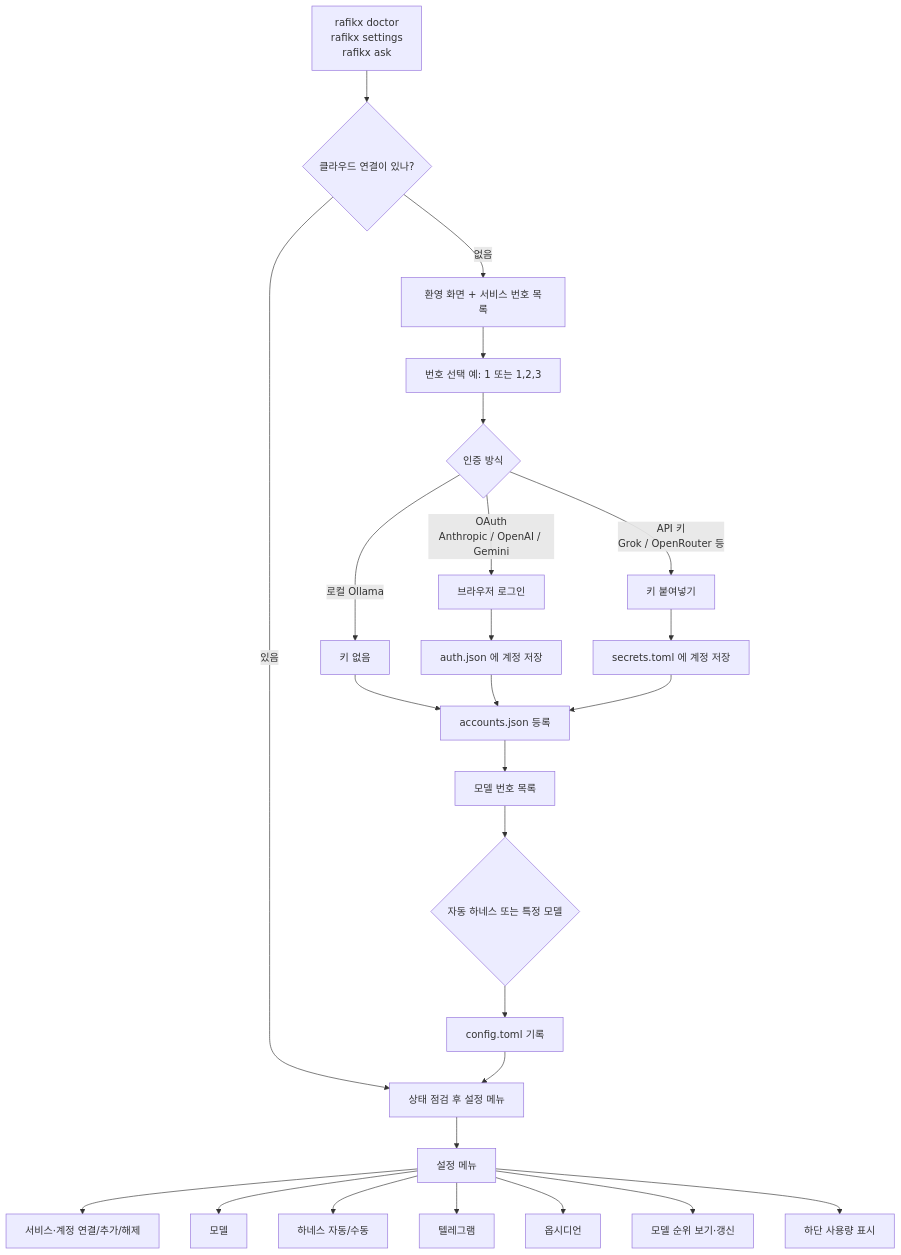
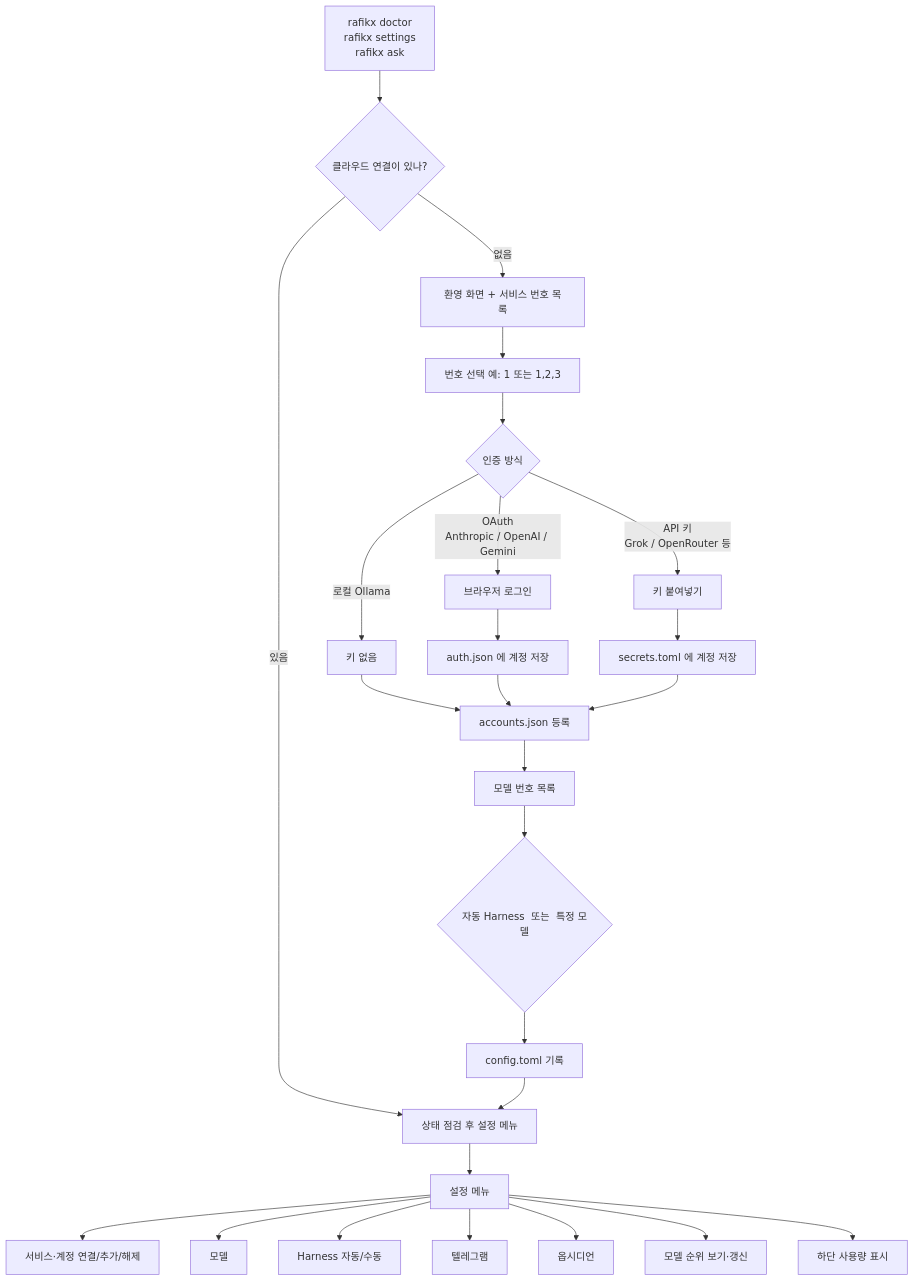
One commit to AIBeginnerX/RafikX changed the second of 8 diagrams in RAFIKX_WORKFLOW.md. Above: the diagram before and after it, drawn with Mermaid. The commit also changed other lines of this file and 4 other files, not shown here.

````diff
--- a/RAFIKX_WORKFLOW.md
+++ b/RAFIKX_WORKFLOW.md
@@ -44,32 +44,32 @@
 ```mermaid
 flowchart TD
     A["rafikx doctor<br/>rafikx settings<br/>rafikx ask"] --> B{클라우드 연결이 있나?}
     B -->|없음| C[환영 화면 + 서비스 번호 목록]
     B -->|있음| D[상태 점검 후 설정 메뉴]
 
     C --> E["번호 선택  예: 1 또는 1,2,3"]
     E --> F{인증 방식}
     F -->|OAuth<br/>Anthropic / OpenAI / Gemini| G[브라우저 로그인]
     F -->|API 키<br/>Grok / OpenRouter 등| H[키 붙여넣기]
     F -->|로컬 Ollama| I[키 없음]
 
     G --> J[auth.json 에 계정 저장]
     H --> K[secrets.toml 에 계정 저장]
     I --> L[accounts.json 등록]
     J --> L
     K --> L
 
     L --> M[모델 번호 목록]
-    M --> N{"자동 하네스  또는  특정 모델"}
+    M --> N{"자동 Harness  또는  특정 모델"}
     N --> O[config.toml 기록]
     O --> D
 
     D --> P[설정 메뉴]
     P --> P1[서비스·계정 연결/추가/해제]
     P --> P2[모델]
-    P --> P3[하네스 자동/수동]
+    P --> P3[Harness 자동/수동]
     P --> P4[텔레그램]
     P --> P5[옵시디언]
     P --> P6[모델 순위 보기·갱신]
     P --> P7[하단 사용량 표시]
 ```
````
